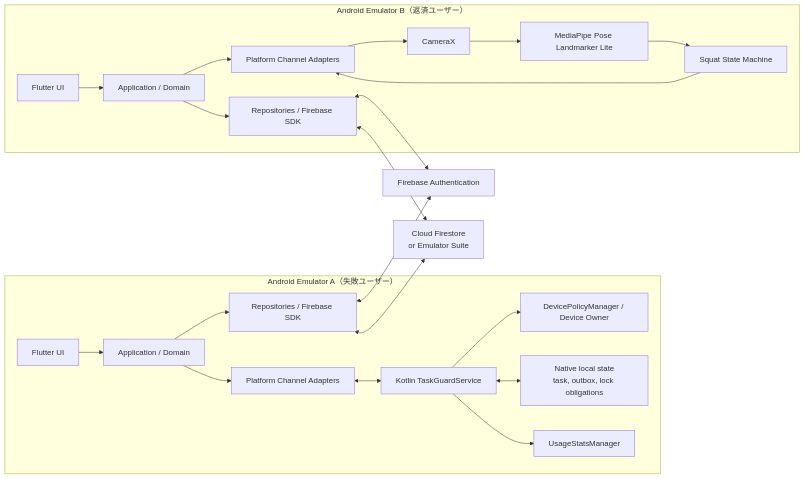
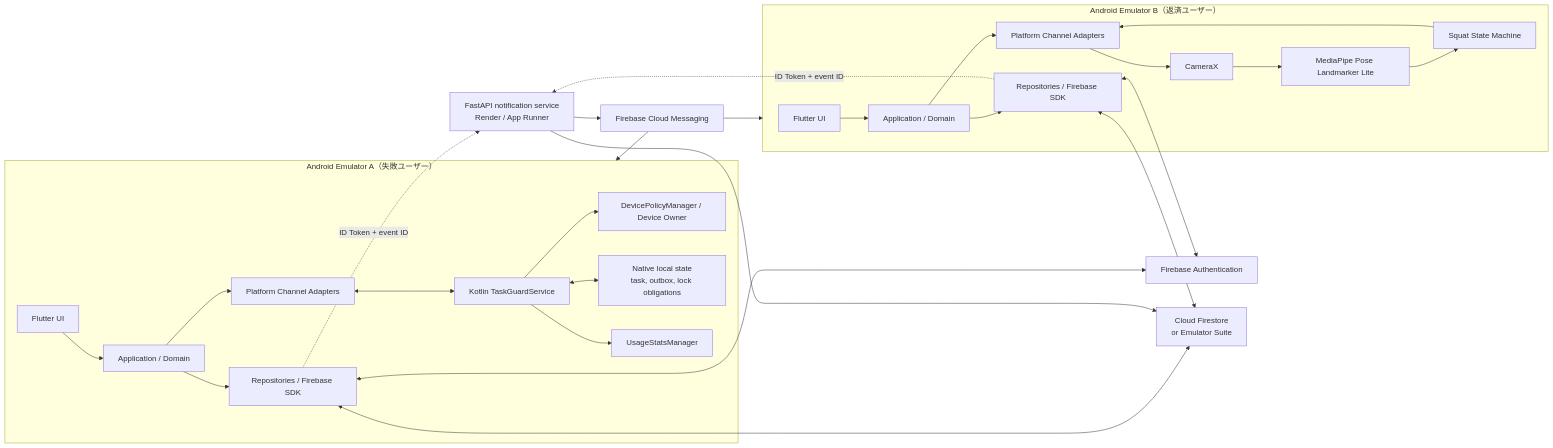
Before and after one commit to kren-team/MICHIZURE: the first of 5 diagrams in docs/architecture.md, drawn with Mermaid. The commit also changed other lines of this file and 5 other files, not shown here.

````diff
--- a/docs/architecture.md
+++ b/docs/architecture.md
@@ -11,42 +11,50 @@
 ```mermaid
 flowchart LR
     subgraph DeviceA["Android Emulator A（失敗ユーザー）"]
         UIA["Flutter UI"]
         AppA["Application / Domain"]
         InfraA["Repositories / Firebase SDK"]
         BridgeA["Platform Channel Adapters"]
         Guard["Kotlin TaskGuardService"]
         DPC["DevicePolicyManager / Device Owner"]
         LocalA["Native local state<br/>task, outbox, lock obligations"]
         Usage["UsageStatsManager"]
     end
 
     subgraph DeviceB["Android Emulator B（返済ユーザー）"]
         UIB["Flutter UI"]
         AppB["Application / Domain"]
         InfraB["Repositories / Firebase SDK"]
         BridgeB["Platform Channel Adapters"]
         Camera["CameraX"]
         Pose["MediaPipe Pose Landmarker Lite"]
         FSM["Squat State Machine"]
     end
 
     Auth["Firebase Authentication"]
     Firestore["Cloud Firestore<br/>or Emulator Suite"]
+    NotificationApi["FastAPI notification service<br/>Render / App Runner"]
+    FCM["Firebase Cloud Messaging"]
 
     UIA --> AppA --> InfraA
     AppA --> BridgeA
     BridgeA <--> Guard
     Guard --> Usage
     Guard --> DPC
     Guard <--> LocalA
     InfraA <--> Auth
     InfraA <--> Firestore
 
     UIB --> AppB --> InfraB
     AppB --> BridgeB
     BridgeB --> Camera --> Pose --> FSM
     FSM --> BridgeB
     InfraB <--> Auth
     InfraB <--> Firestore
+    InfraA -. "ID Token + event ID" .-> NotificationApi
+    InfraB -. "ID Token + event ID" .-> NotificationApi
+    NotificationApi --> Firestore
+    NotificationApi --> FCM
+    FCM --> DeviceA
+    FCM --> DeviceB
 ```
````
